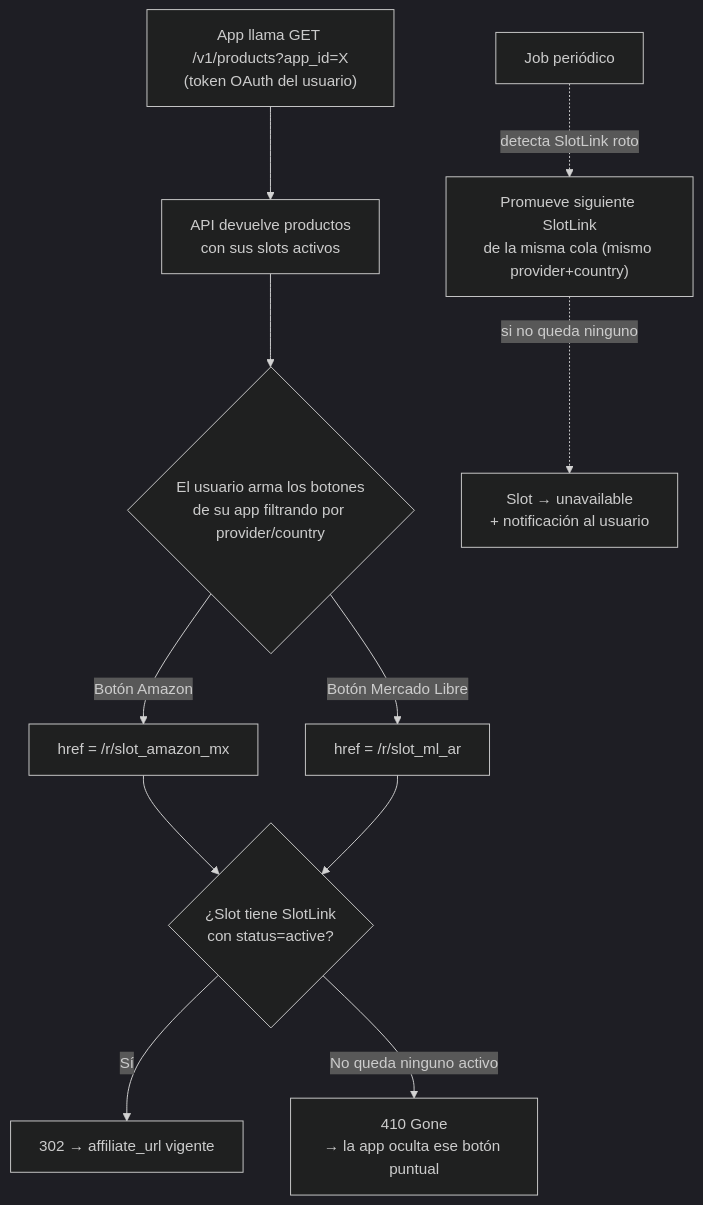
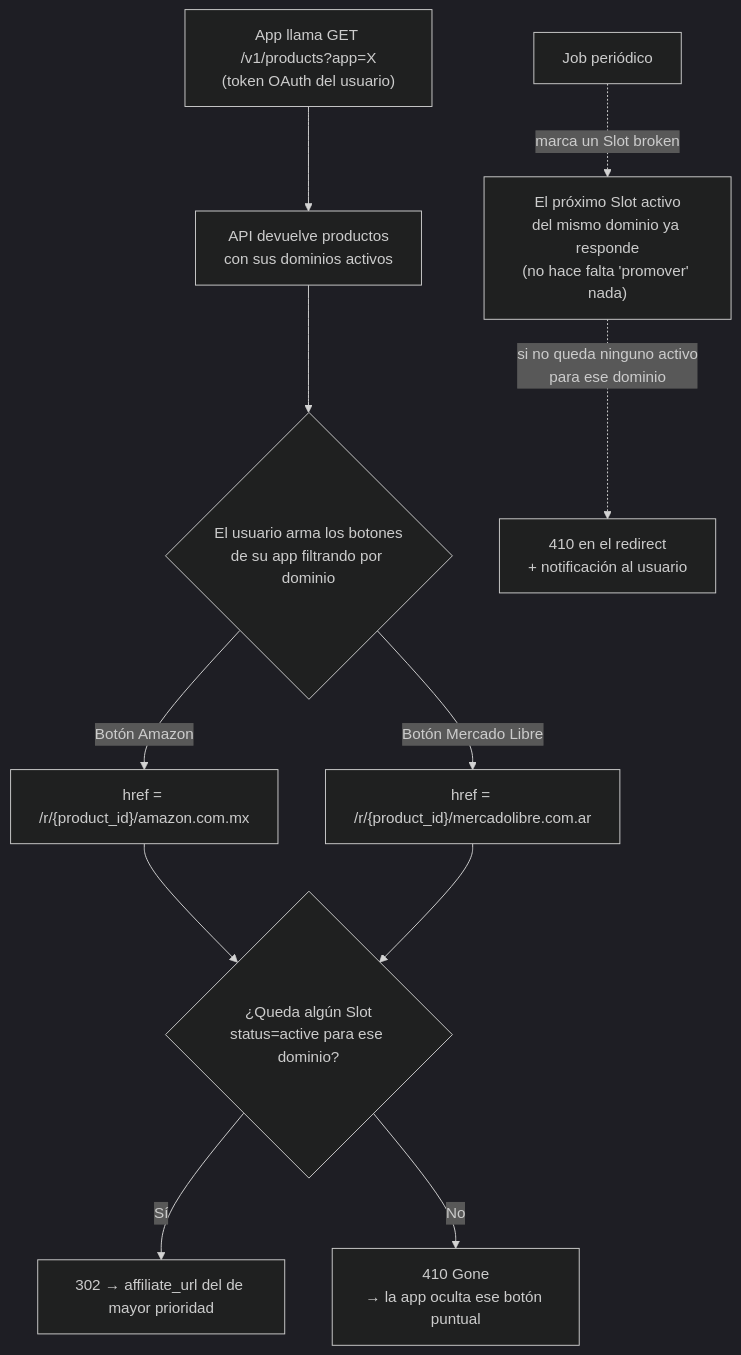
The second of 2 diagrams in 01-solucion-final.md (AbelAngelOk/affiliate-link-manager), drawn with Mermaid (dark theme) before and after one commit. The commit also changed other lines of this file and 174 other files, not shown here.

````diff
--- a/01-solucion-final.md
+++ b/01-solucion-final.md
@@ -156,14 +143,14 @@
 ```mermaid
 flowchart TD
-    A["App llama GET /v1/products?app_id=X\n(token OAuth del usuario)"] --> B["API devuelve productos\ncon sus slots activos"]
-    B --> C{"El usuario arma los botones\nde su app filtrando por provider/country"}
-    C -->|"Botón Amazon"| D["href = /r/slot_amazon_mx"]
-    C -->|"Botón Mercado Libre"| E["href = /r/slot_ml_ar"]
-    D --> F{"¿Slot tiene SlotLink\ncon status=active?"}
+    A["App llama GET /v1/products?app=X\n(token OAuth del usuario)"] --> B["API devuelve productos\ncon sus dominios activos"]
+    B --> C{"El usuario arma los botones\nde su app filtrando por dominio"}
+    C -->|"Botón Amazon"| D["href = /r/{product_id}/amazon.com.mx"]
+    C -->|"Botón Mercado Libre"| E["href = /r/{product_id}/mercadolibre.com.ar"]
+    D --> F{"¿Queda algún Slot\nstatus=active para ese dominio?"}
     E --> F
-    F -->|"Sí"| G["302 → affiliate_url vigente"]
-    F -->|"No queda ninguno activo"| H["410 Gone\n→ la app oculta ese botón puntual"]
+    F -->|"Sí"| G["302 → affiliate_url del de mayor prioridad"]
+    F -->|"No"| H["410 Gone\n→ la app oculta ese botón puntual"]
 
-    I["Job periódico"] -.->|"detecta SlotLink roto"| J["Promueve siguiente SlotLink\nde la misma cola (mismo provider+country)"]
-    J -.->|"si no queda ninguno"| K["Slot → unavailable\n+ notificación al usuario"]
+    I["Job periódico"] -.->|"marca un Slot broken"| J["El próximo Slot activo\ndel mismo dominio ya responde\n(no hace falta 'promover' nada)"]
+    J -.->|"si no queda ninguno activo\npara ese dominio"| K["410 en el redirect\n+ notificación al usuario"]
 ```
````
